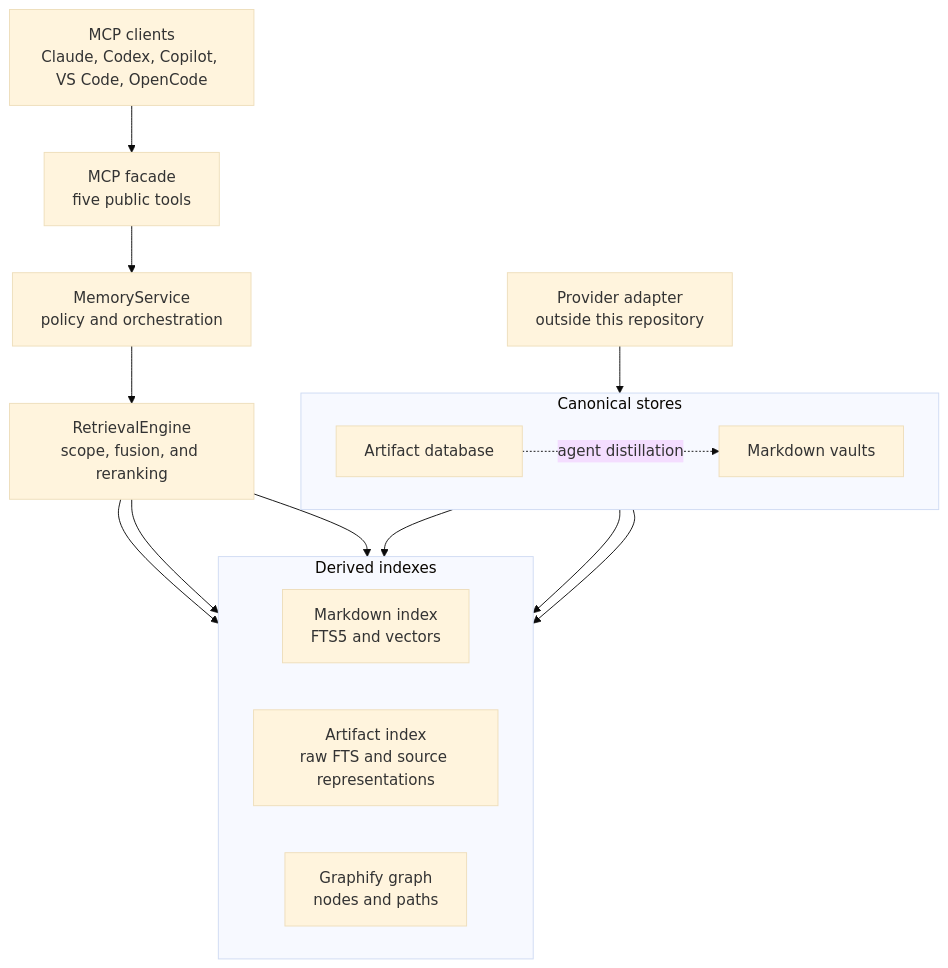
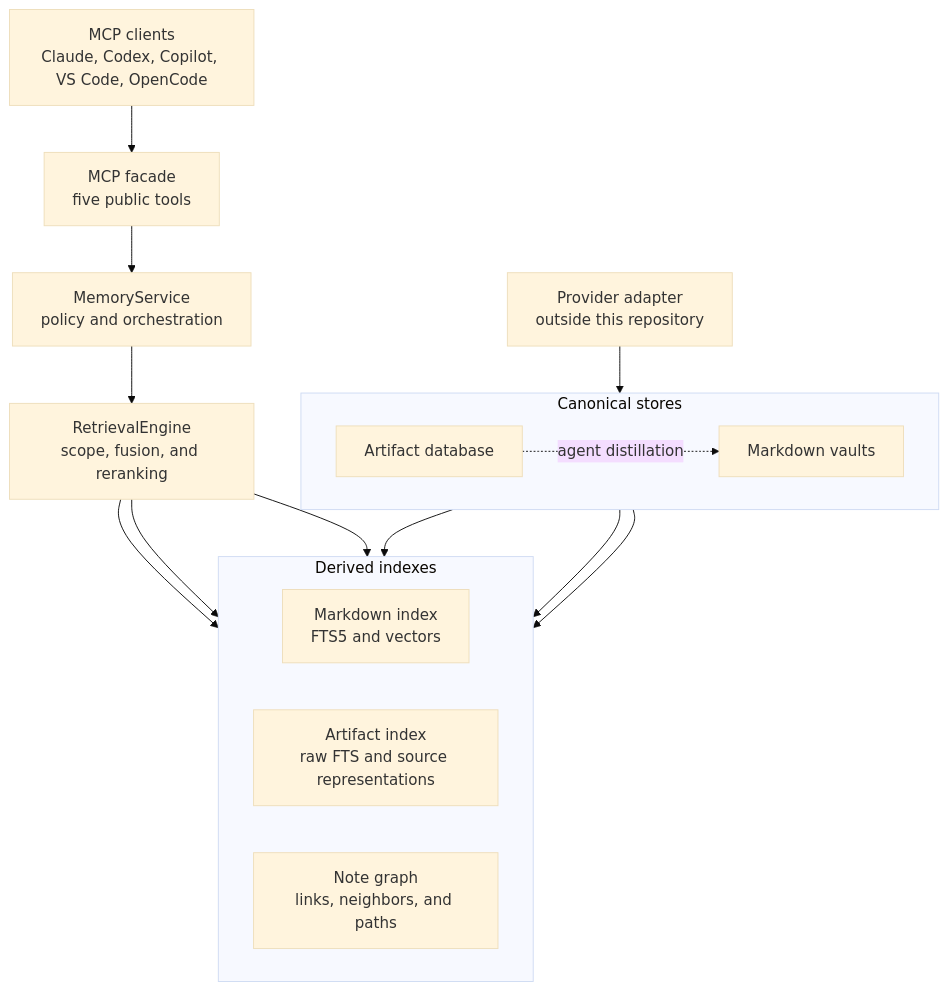
The first of 3 diagrams in README.md (moorej2400/ai-memory-mcp), drawn with Mermaid (base theme) before and after one commit. The commit also changed other lines of this file and 13 other files, not shown here.

First line of the commit message:
docs: describe the native note graph and the Graphify upgrade path

````diff
--- a/README.md
+++ b/README.md
@@ -34,34 +34,34 @@
 ```mermaid
 flowchart TB
     Clients["MCP clients<br/>Claude, Codex, Copilot, VS Code, OpenCode"]
     Facade["MCP facade<br/>five public tools"]
     Service["MemoryService<br/>policy and orchestration"]
     Engine["RetrievalEngine<br/>scope, fusion, and reranking"]
 
     subgraph Derived["Derived indexes"]
         direction LR
         MdIndex["Markdown index<br/>FTS5 and vectors"]
         ArtIndex["Artifact index<br/>raw FTS and source representations"]
-        Graph["Graphify graph<br/>nodes and paths"]
+        Graph["Note graph<br/>links, neighbors, and paths"]
     end
 
     subgraph Canonical["Canonical stores"]
         direction LR
         Vaults["Markdown vaults"]
         Store["Artifact database"]
     end
 
     Provider["Provider adapter<br/>outside this repository"]
 
     Clients --> Facade
     Facade --> Service
     Service --> Engine
     Engine --> MdIndex
     Engine --> ArtIndex
     Engine --> Graph
     Vaults --> MdIndex
     Vaults --> Graph
     Store --> ArtIndex
     Provider --> Store
     Store -. agent distillation .-> Vaults
 ```
````
